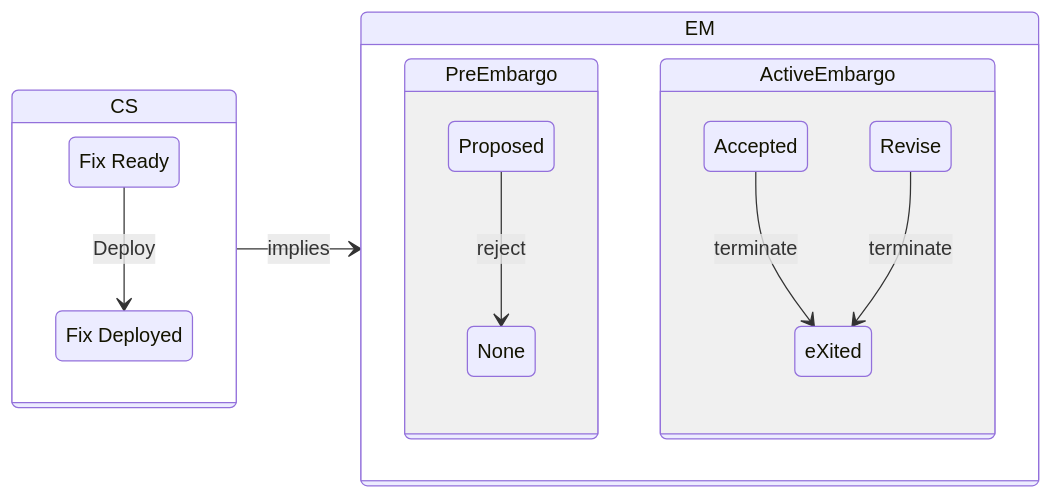
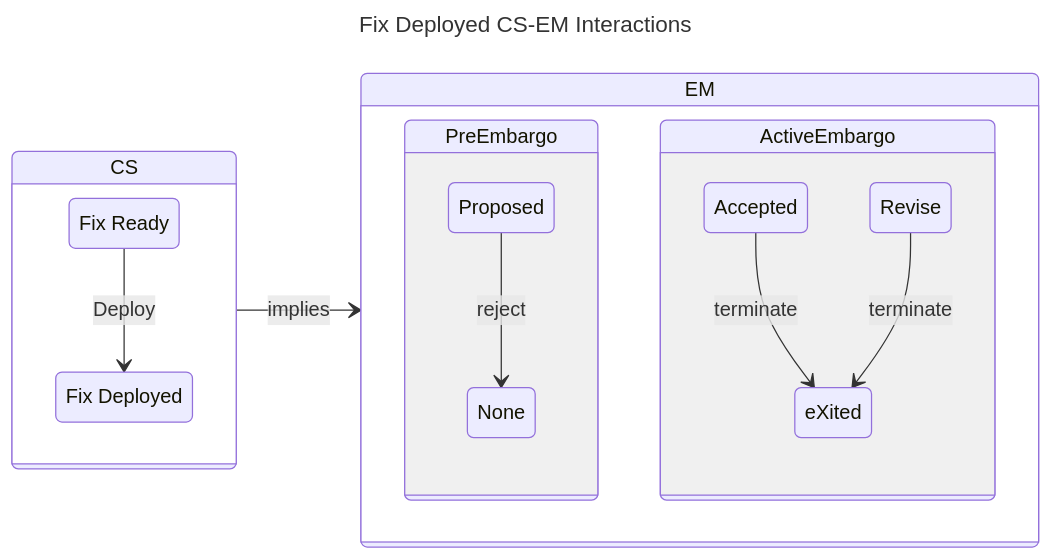
The fifth of 9 diagrams in docs/topics/process_models/model_interactions/rm_em_cs.md (CERTCC/Vultron), drawn with Mermaid before and after one commit. The commit also changed other lines of this file and 30 other files, not shown here.

````diff
--- a/docs/topics/process_models/model_interactions/rm_em_cs.md
+++ b/docs/topics/process_models/model_interactions/rm_em_cs.md
@@ -213,20 +226,23 @@
 ```mermaid
+---
+title: Fix Deployed CS-EM Interactions
+---
 stateDiagram-v2
     direction LR
     state CS {
         VFd: Fix Ready
         VFD: Fix Deployed
         
         VFd --> VFD : Deploy
     }
     state EM {
         state PreEmbargo{ 
             Proposed --> None: reject
         }
         state ActiveEmbargo {
             Accepted --> eXited: terminate
             Revise --> eXited: terminate
         }
     }
     CS --> EM: implies
 ```
````
